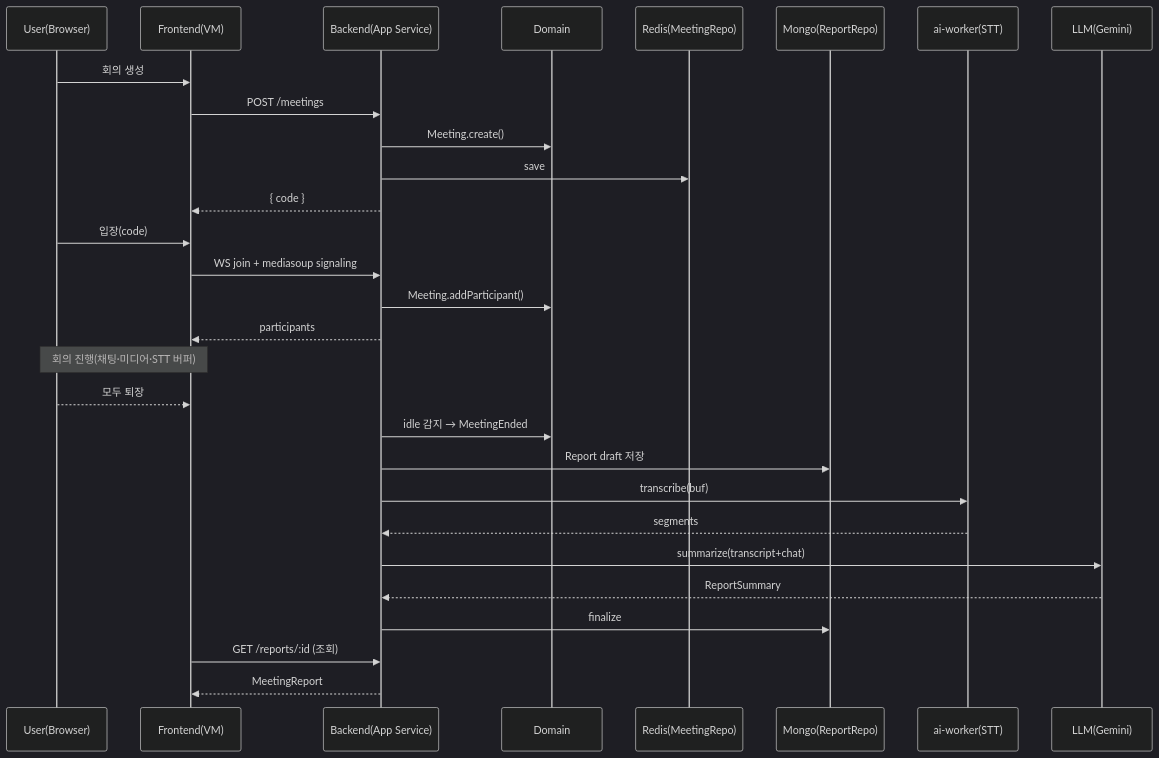
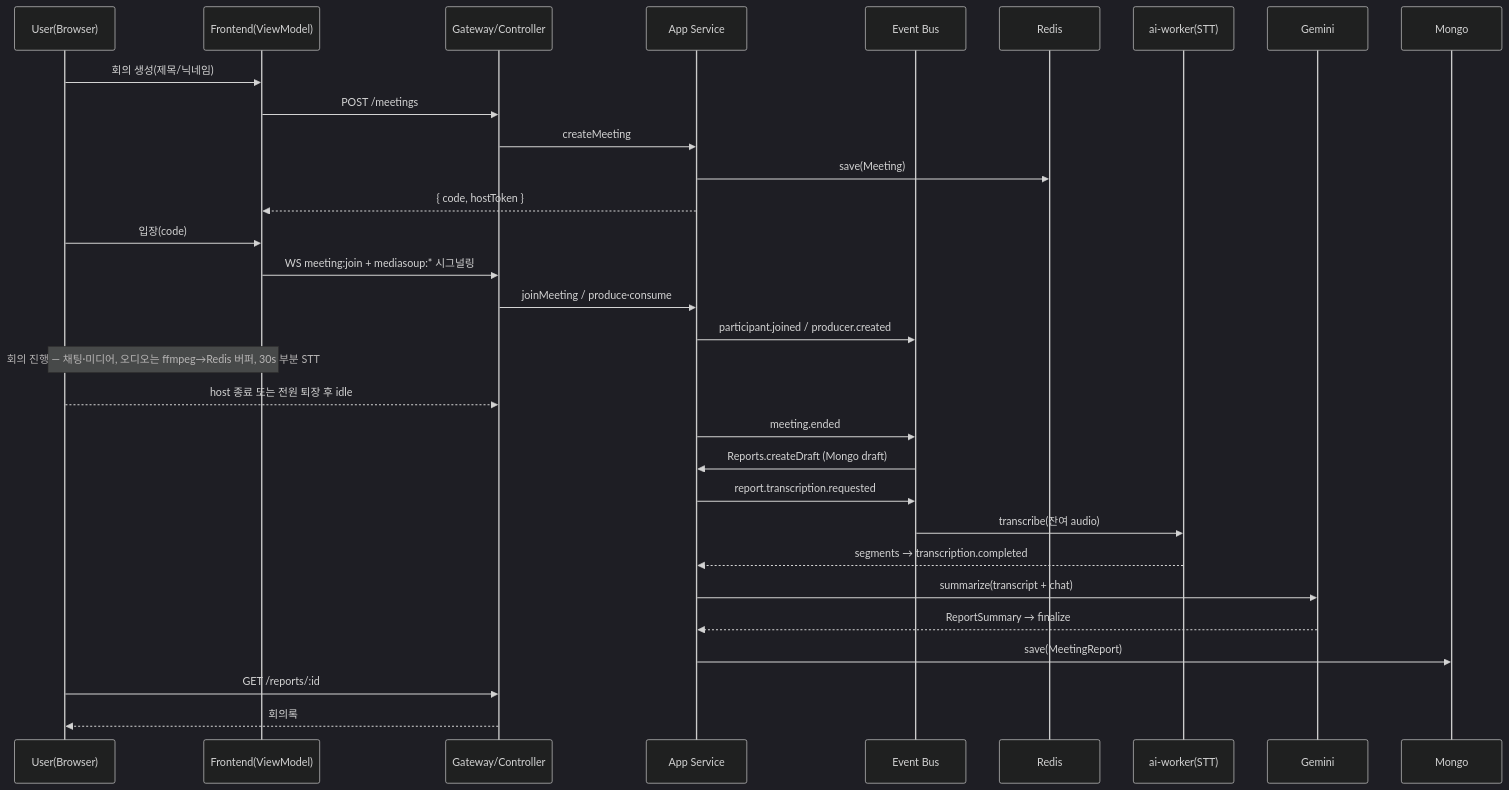
One commit to Beyond-Imagination/convene changed the second of 2 diagrams in ARCHITECTURE.md. Above: the diagram before and after it, drawn with Mermaid (dark theme). The commit also changed other lines of this file and 2 other files, not shown here.

First line of the commit message:
docs: 협업 문서 보강 — ARCHITECTURE 재작성 + CODEBASE_GUIDE 신설 + README 확장

````diff
--- a/ARCHITECTURE.md
+++ b/ARCHITECTURE.md
@@ -233,33 +209,35 @@
 ```mermaid
 sequenceDiagram
   participant U as User(Browser)
-  participant F as Frontend(VM)
-  participant B as Backend(App Service)
-  participant D as Domain
-  participant R as Redis(MeetingRepo)
-  participant M as Mongo(ReportRepo)
+  participant VM as Frontend(ViewModel)
+  participant GW as Gateway/Controller
+  participant SVC as App Service
+  participant BUS as Event Bus
+  participant R as Redis
   participant W as ai-worker(STT)
-  participant L as LLM(Gemini)
+  participant L as Gemini
+  participant M as Mongo
 
-  U->>F: 회의 생성
-  F->>B: POST /meetings
-  B->>D: Meeting.create()
-  B->>R: save
-  B-->>F: { code }
-  U->>F: 입장(code)
-  F->>B: WS join + mediasoup signaling
-  B->>D: Meeting.addParticipant()
-  B-->>F: participants
-  Note over U,F: 회의 진행(채팅·미디어·STT 버퍼)
+  U->>VM: 회의 생성(제목/닉네임)
+  VM->>GW: POST /meetings
+  GW->>SVC: createMeeting
+  SVC->>R: save(Meeting)
+  SVC-->>VM: { code, hostToken }
+  U->>VM: 입장(code)
+  VM->>GW: WS meeting:join + mediasoup:* 시그널링
+  GW->>SVC: joinMeeting / produce·consume
+  SVC->>BUS: participant.joined / producer.created
+  Note over U,VM: 회의 진행 — 채팅·미디어, 오디오는 ffmpeg→Redis 버퍼, 30s 부분 STT
 
-  U-->>F: 모두 퇴장
-  B->>D: idle 감지 → MeetingEnded
-  B->>M: Report draft 저장
-  B->>W: transcribe(buf)
-  W-->>B: segments
-  B->>L: summarize(transcript+chat)
-  L-->>B: ReportSummary
-  B->>M: finalize
-  F->>B: GET /reports/:id (조회)
-  B-->>F: MeetingReport
+  U-->>GW: host 종료 또는 전원 퇴장 후 idle
+  SVC->>BUS: meeting.ended
+  BUS->>SVC: Reports.createDraft (Mongo draft)
+  SVC->>BUS: report.transcription.requested
+  BUS->>W: transcribe(잔여 audio)
+  W-->>SVC: segments → transcription.completed
+  SVC->>L: summarize(transcript + chat)
+  L-->>SVC: ReportSummary → finalize
+  SVC->>M: save(MeetingReport)
+  U->>GW: GET /reports/:id
+  GW-->>U: 회의록
 ```
````
